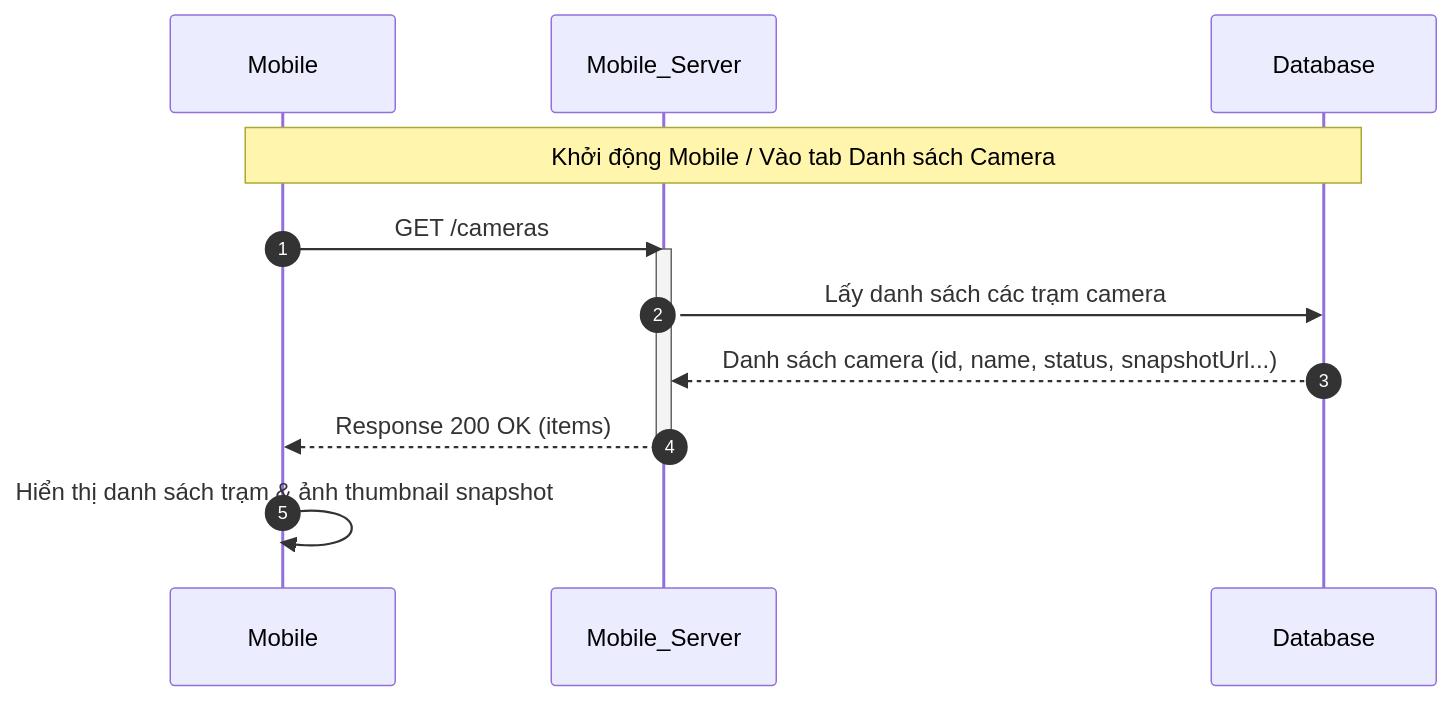
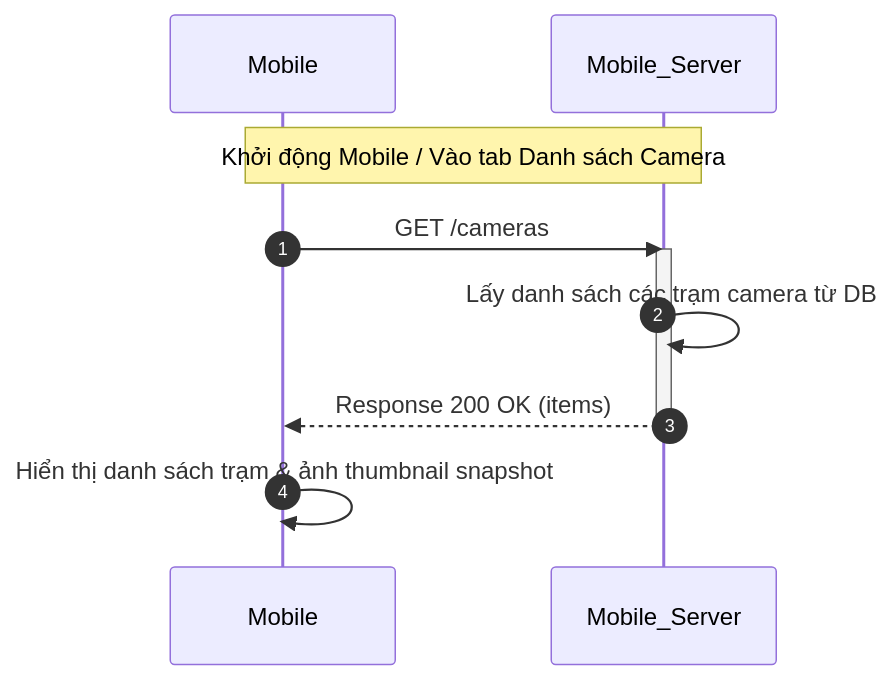
Before and after one commit to trungnguyenthien/Wildlife-Warning-and-Deterrence-System: the fourth of 18 diagrams in docs/04-sequence-diagram.md, drawn with Mermaid. The commit also changed other lines of this file, not shown here.

Commit message:
docs: update sequence diagram to reflect latest system flow refinements

````diff
--- a/docs/04-sequence-diagram.md
+++ b/docs/04-sequence-diagram.md
@@ -224,16 +217,14 @@
 ```mermaid
 sequenceDiagram
     autonumber
     participant Mobile as Mobile
     participant Mobile_Server as Mobile_Server
-    participant Database as Database
 
-    Note over Mobile, Database: Khởi động Mobile / Vào tab Danh sách Camera
+    Note over Mobile, Mobile_Server: Khởi động Mobile / Vào tab Danh sách Camera
     Mobile->>Mobile_Server: GET /cameras
     activate Mobile_Server
-    Mobile_Server->>Database: Lấy danh sách các trạm camera
-    Database-->>Mobile_Server: Danh sách camera (id, name, status, snapshotUrl...)
+    Mobile_Server->>Mobile_Server: Lấy danh sách các trạm camera từ DB
     Mobile_Server-->>Mobile: Response 200 OK (items)
     deactivate Mobile_Server
     Mobile->>Mobile: Hiển thị danh sách trạm & ảnh thumbnail snapshot
 ```
````
